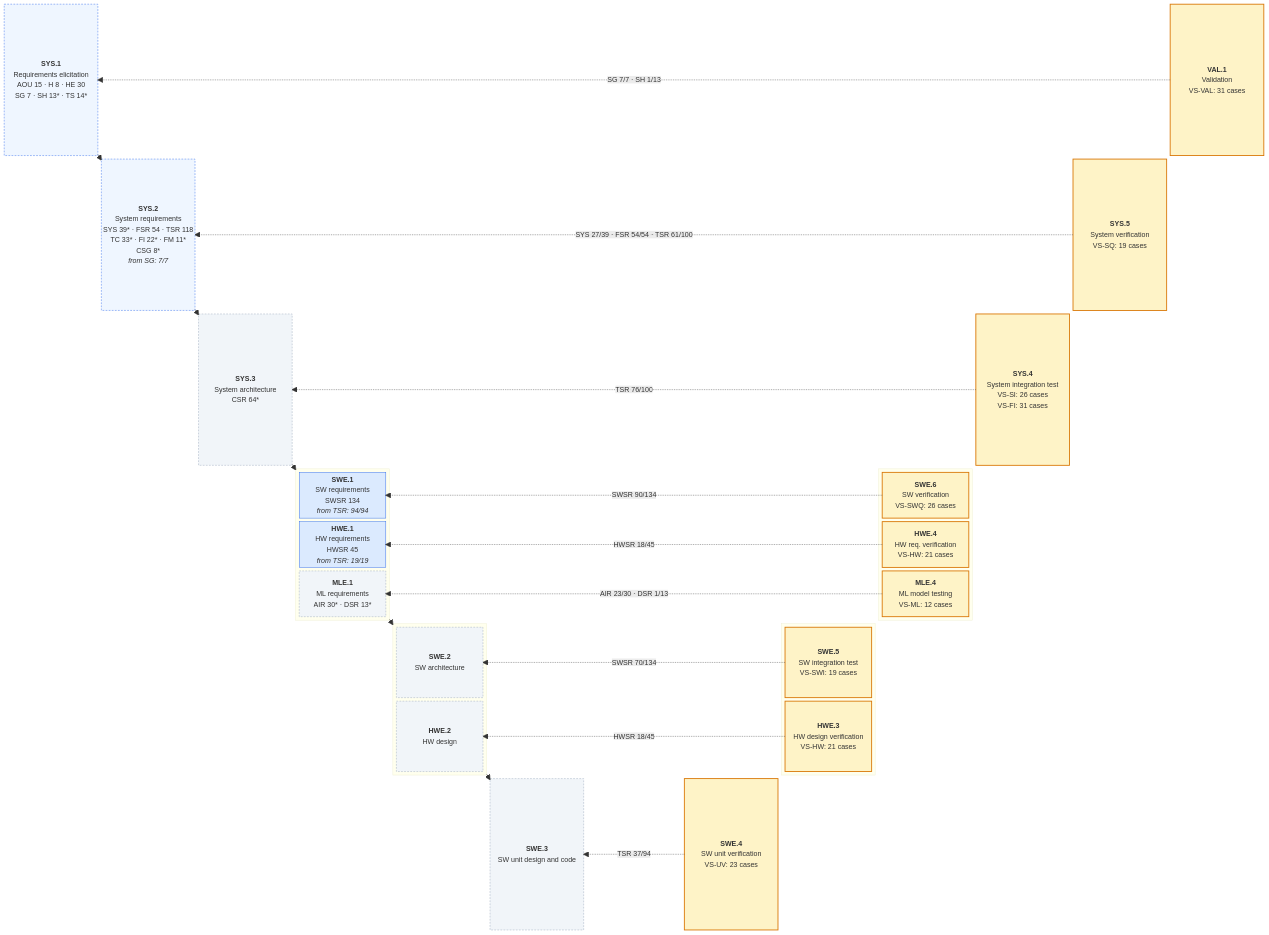
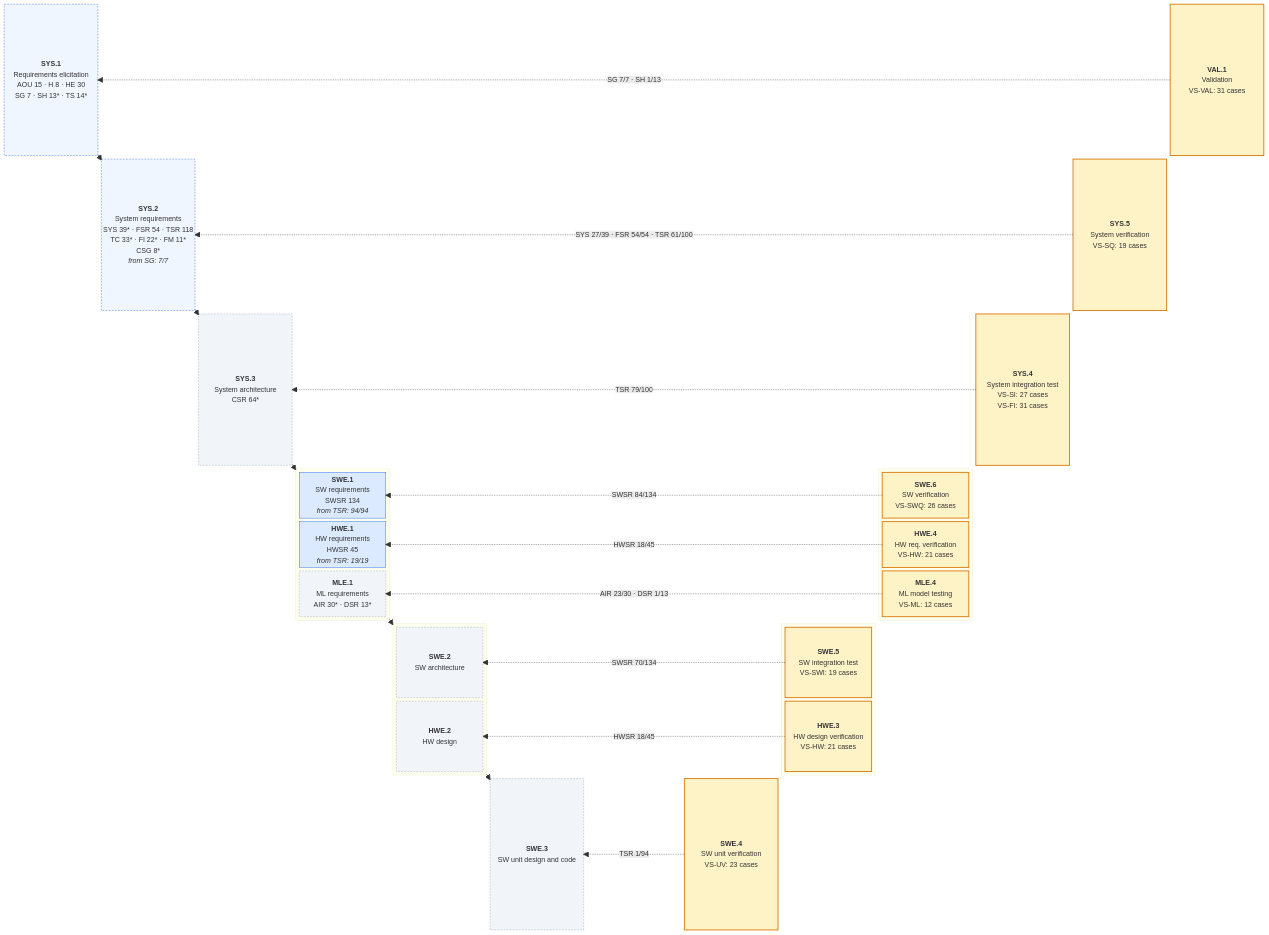
The first of 2 diagrams in assurance/trace/maps/aspice-trace-map.md (jherrodthomas/LionDriver), drawn with Mermaid before and after one commit. The commit also changed other lines of this file and 59 other files, not shown here.

```diff
--- a/assurance/trace/maps/aspice-trace-map.md
+++ b/assurance/trace/maps/aspice-trace-map.md
@@ -52,7 +52,7 @@
   space
   space
   space
-  SYS4["<b>SYS.4</b><br/>System integration test<br/>VS-SI: 26 cases<br/>VS-FI: 31 cases"]
+  SYS4["<b>SYS.4</b><br/>System integration test<br/>VS-SI: 27 cases<br/>VS-FI: 31 cases"]
   space
   space
   space
@@ -119,13 +119,13 @@
   L4 --> SWE3
   VAL1 -. "SG 7/7 · SH 1/13" .-> SYS1
   SYS5 -. "SYS 27/39 · FSR 54/54 · TSR 61/100" .-> SYS2
-  SYS4 -. "TSR 76/100" .-> SYS3
-  SWE6 -. "SWSR 90/134" .-> SWE1
+  SYS4 -. "TSR 79/100" .-> SYS3
+  SWE6 -. "SWSR 84/134" .-> SWE1
   HWE4 -. "HWSR 18/45" .-> HWE1
   MLE4 -. "AIR 23/30 · DSR 1/13" .-> MLE1
   SWE5 -. "SWSR 70/134" .-> SWE2
   HWE3 -. "HWSR 18/45" .-> HWE2
-  SWE4 -. "TSR 37/94" .-> SWE3
+  SWE4 -. "TSR 1/94" .-> SWE3
   style VAL1 fill:#FEF3C7,stroke:#D97706,stroke-width:2px
   style SYS5 fill:#FEF3C7,stroke:#D97706,stroke-width:2px
   style SYS4 fill:#FEF3C7,stroke:#D97706,stroke-width:2px
```
